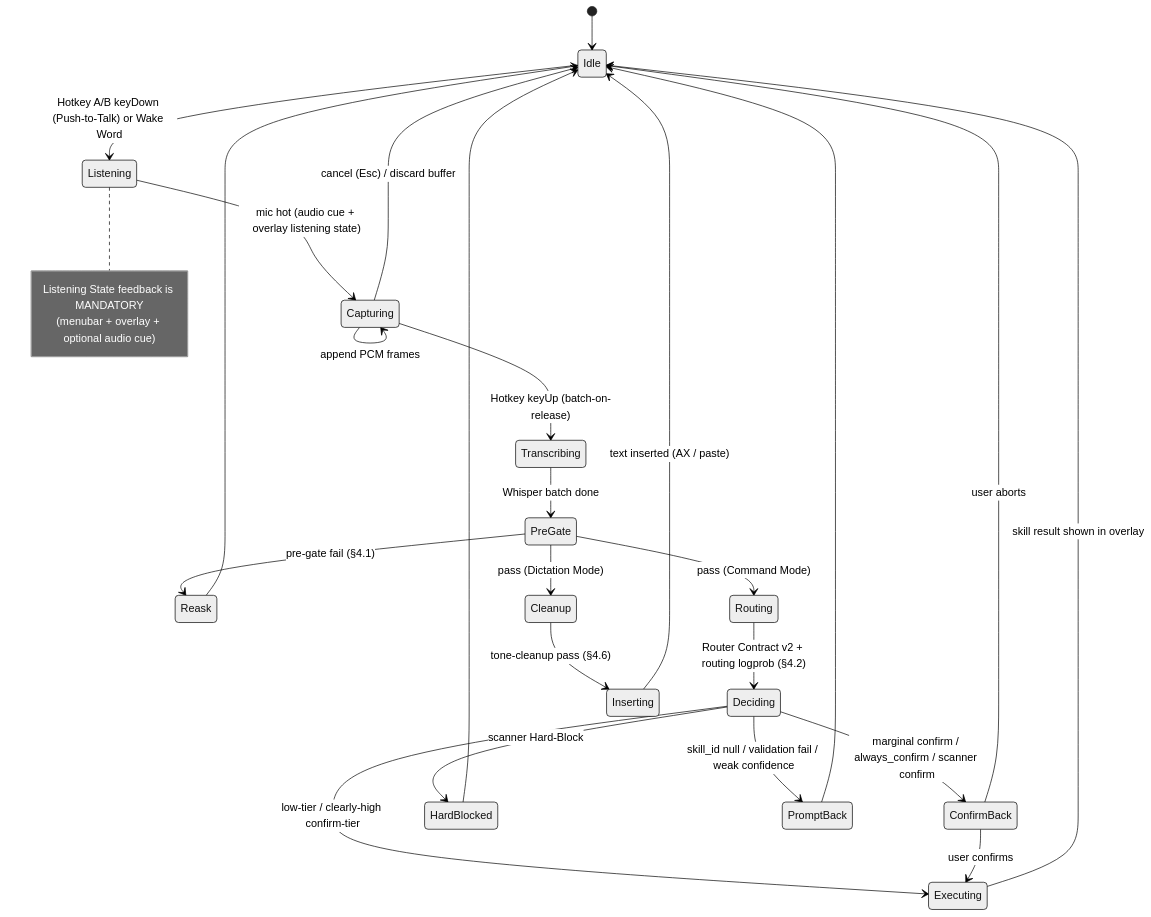
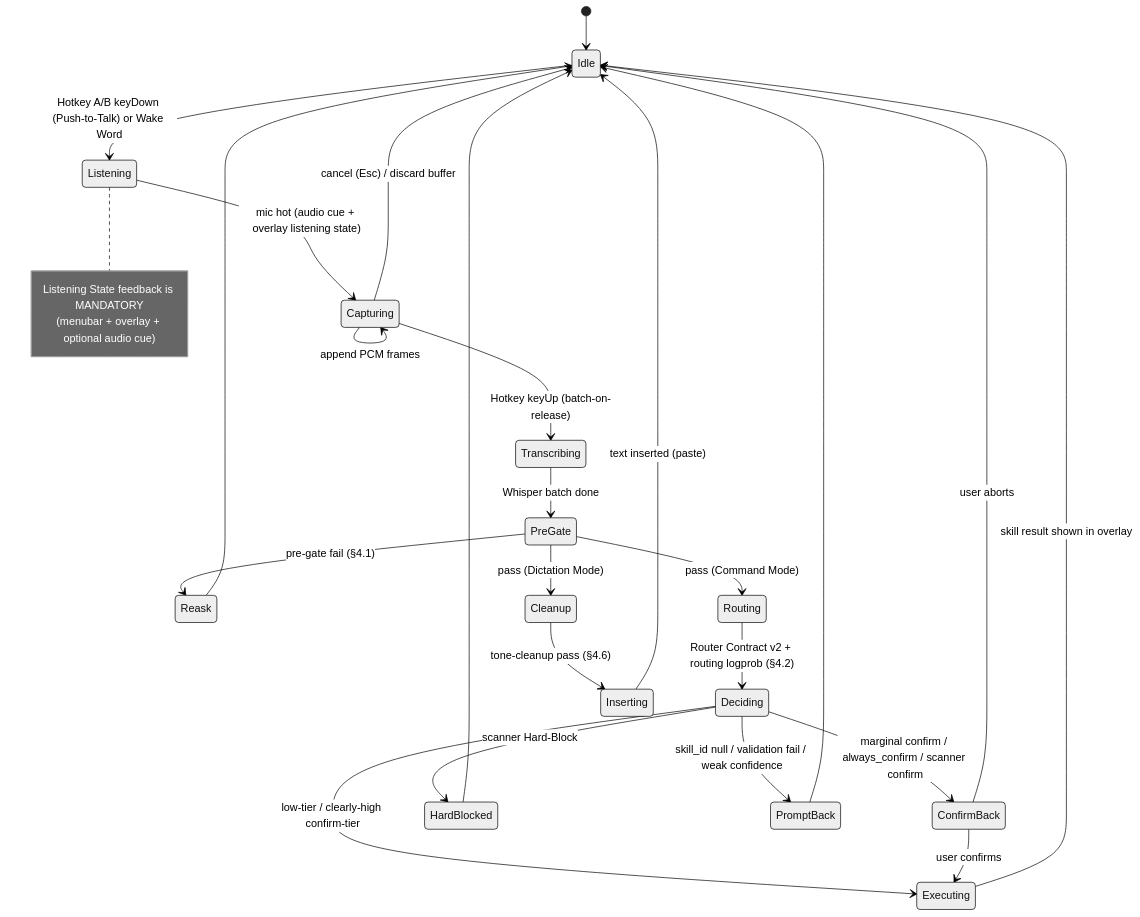
Before and after one commit to smgrv123/Nox: the second of 4 diagrams in docs/05-lld.md, drawn with Mermaid (neutral theme). The commit also changed other lines of this file and 3 other files, not shown here.

````diff
--- a/docs/05-lld.md
+++ b/docs/05-lld.md
@@ -1005,30 +1000,30 @@
 ```mermaid
 stateDiagram-v2
     [*] --> Idle
     Idle --> Listening: Hotkey A/B keyDown (Push-to-Talk) or Wake Word
     Listening --> Capturing: mic hot (audio cue + overlay listening state)
     Capturing --> Capturing: append PCM frames
     Capturing --> Transcribing: Hotkey keyUp (batch-on-release)
     Capturing --> Idle: cancel (Esc) / discard buffer
     Transcribing --> PreGate: Whisper batch done
     PreGate --> Reask: pre-gate fail (§4.1)
     Reask --> Idle
     PreGate --> Routing: pass (Command Mode)
     PreGate --> Cleanup: pass (Dictation Mode)
     Routing --> Deciding: Router Contract v2 + routing logprob (§4.2)
     Deciding --> Executing: low-tier / clearly-high confirm-tier
     Deciding --> ConfirmBack: marginal confirm / always_confirm / scanner confirm
     Deciding --> HardBlocked: scanner Hard-Block
     Deciding --> PromptBack: skill_id null / validation fail / weak confidence
     ConfirmBack --> Executing: user confirms
     ConfirmBack --> Idle: user aborts
     HardBlocked --> Idle
     PromptBack --> Idle
     Executing --> Idle: skill result shown in overlay
     Cleanup --> Inserting: tone-cleanup pass (§4.6)
-    Inserting --> Idle: text inserted (AX / paste)
+    Inserting --> Idle: text inserted (paste)
     note right of Listening
         Listening State feedback is MANDATORY
         (menubar + overlay + optional audio cue)
     end note
 ```
````
